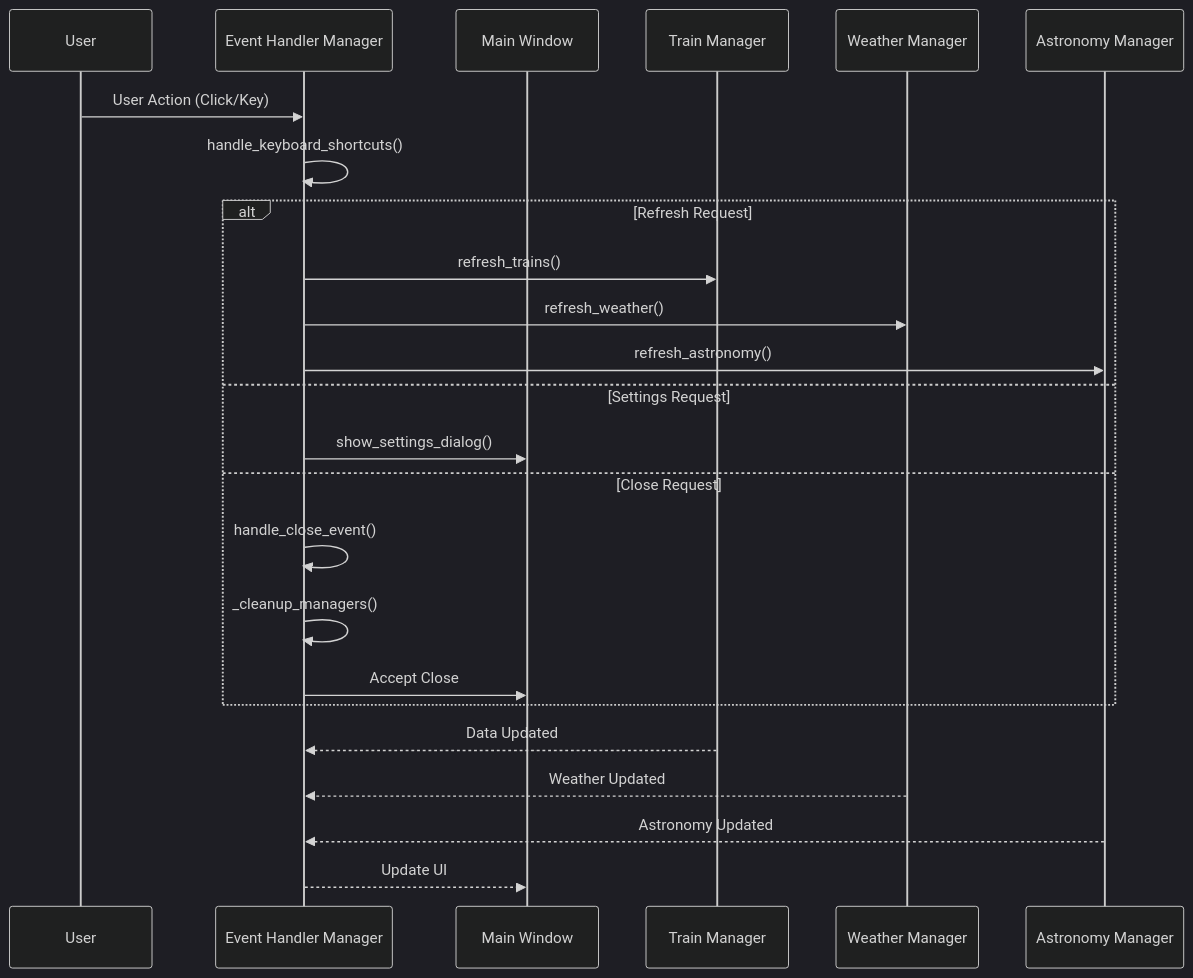
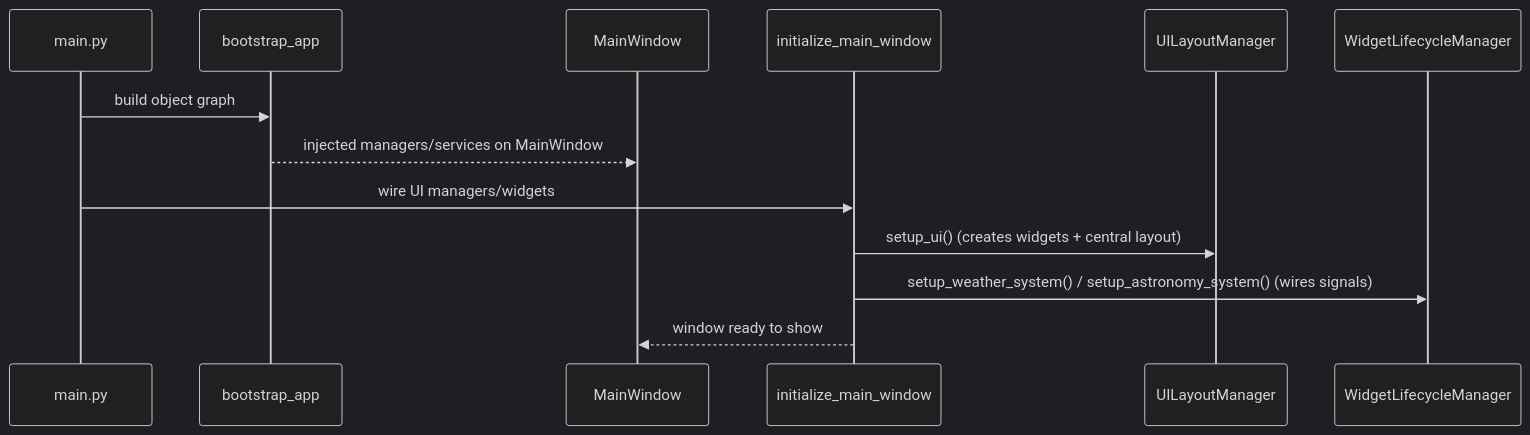
The diagram in docs/ui-architecture.md (oernster/Trainer), drawn with Mermaid (dark theme) before and after one commit. The commit also changed other lines of this file and 13 other files, not shown here.

Commit message:
Fix weather/F5 trains/compress docs.

````diff
--- a/docs/ui-architecture.md
+++ b/docs/ui-architecture.md
@@ -150,29 +71,16 @@
 ```mermaid
 sequenceDiagram
-    participant U as User
-    participant EHM as Event Handler Manager
-    participant MW as Main Window
-    participant TM as Train Manager
-    participant WM as Weather Manager
-    participant AM as Astronomy Manager
-    
-    U->>EHM: User Action (Click/Key)
-    EHM->>EHM: handle_keyboard_shortcuts()
-    
-    alt Refresh Request
-        EHM->>TM: refresh_trains()
-        EHM->>WM: refresh_weather()
-        EHM->>AM: refresh_astronomy()
-    else Settings Request
-        EHM->>MW: show_settings_dialog()
-    else Close Request
-        EHM->>EHM: handle_close_event()
-        EHM->>EHM: _cleanup_managers()
-        EHM->>MW: Accept Close
-    end
-    
-    TM-->>EHM: Data Updated
-    WM-->>EHM: Weather Updated
-    AM-->>EHM: Astronomy Updated
-    EHM-->>MW: Update UI
+    participant M as main.py
+    participant B as bootstrap_app
+    participant W as MainWindow
+    participant I as initialize_main_window
+    participant U as UILayoutManager
+    participant L as WidgetLifecycleManager
+
+    M->>B: build object graph
+    B-->>W: injected managers/services on MainWindow
+    M->>I: wire UI managers/widgets
+    I->>U: setup_ui() (creates widgets + central layout)
+    I->>L: setup_weather_system() / setup_astronomy_system() (wires signals)
+    I-->>W: window ready to show
 ```
````
